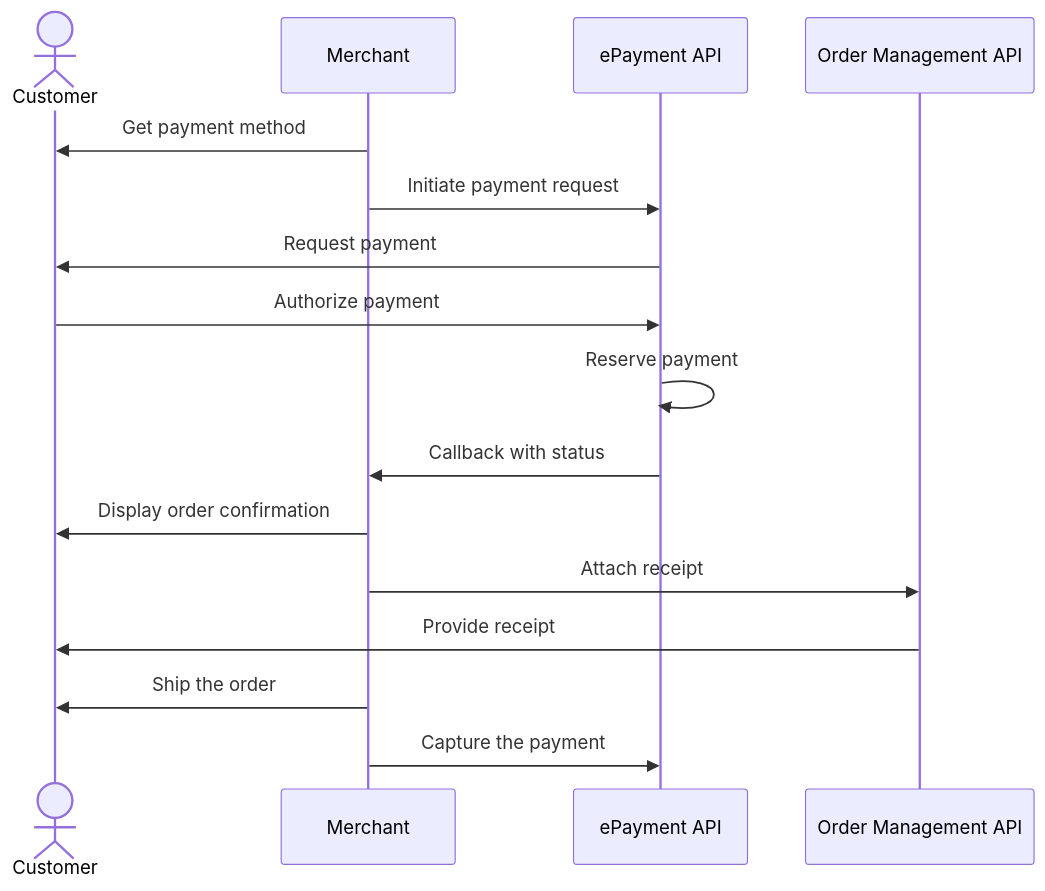
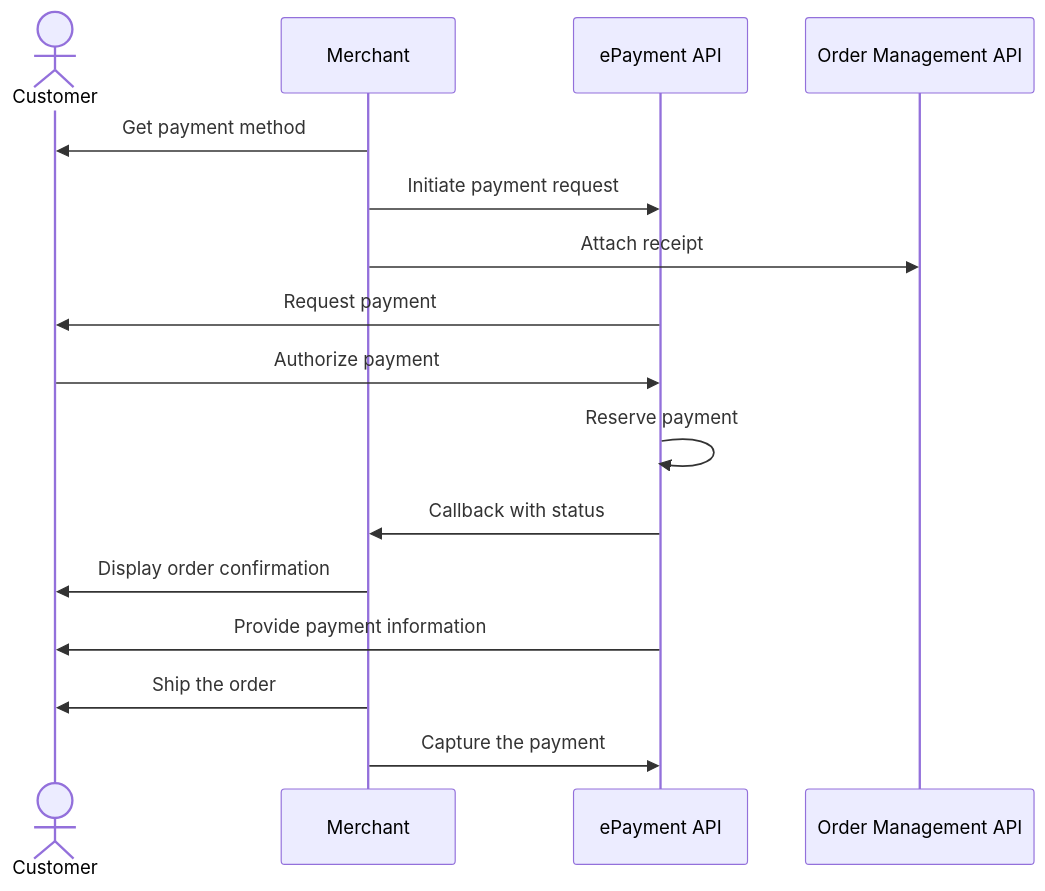
One commit to vippsas/vipps-solutions changed the diagram in online/README.md. Above: the diagram before and after it, drawn with Mermaid.

Commit message:
Update sequence to say epayment provides payment information

````diff
--- a/online/README.md
+++ b/online/README.md
@@ -136,18 +136,18 @@
 ``` mermaid
 sequenceDiagram
     actor C as Customer
     participant M as Merchant
     participant ePayment as ePayment API
     participant ordermanagement as Order Management API
     M->>C: Get payment method
     M->>ePayment: Initiate payment request
+    M->> ordermanagement: Attach receipt
     ePayment->>C: Request payment
     C->>ePayment: Authorize payment
     ePayment->>ePayment: Reserve payment
     ePayment->>M: Callback with status
     M->>C: Display order confirmation
-    M->> ordermanagement: Attach receipt
-    ordermanagement->>C: Provide receipt
+    ePayment->>C: Provide payment information
     M->>C: Ship the order
     M->>ePayment: Capture the payment
 ```
````
